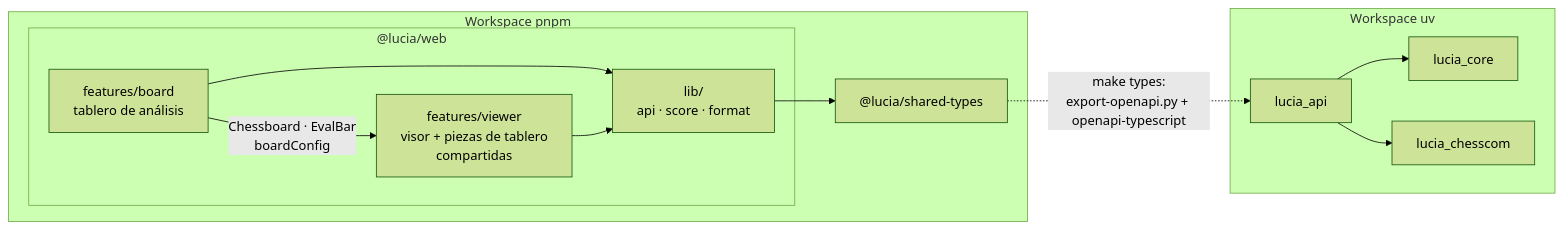
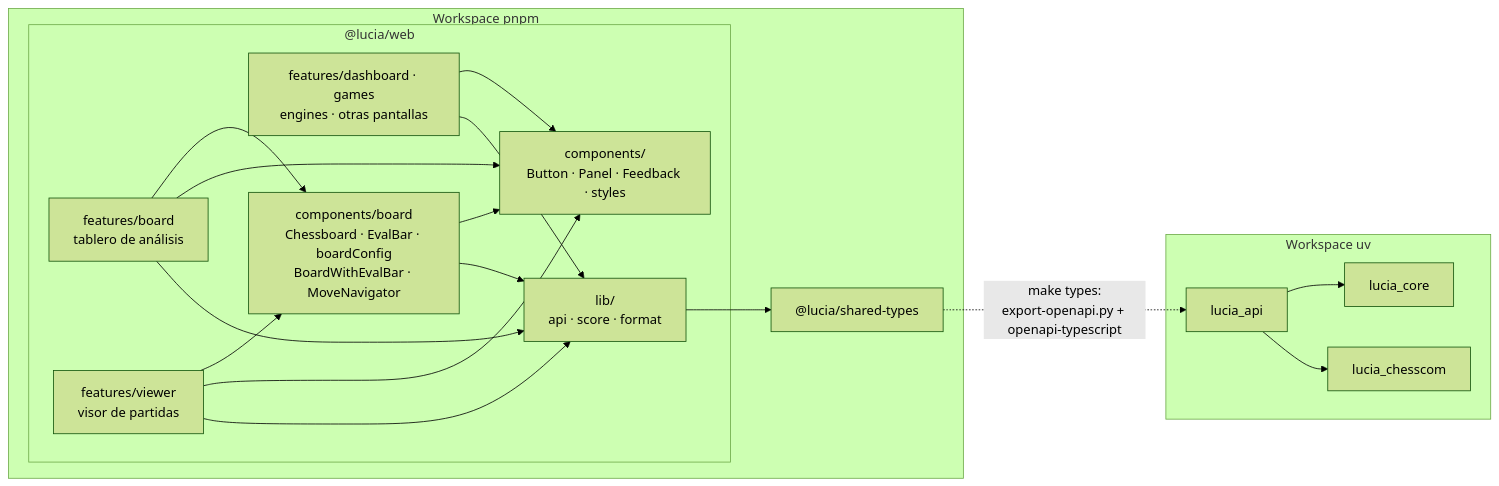
Before and after one commit to SirJsus/LUCIA: the second of 5 diagrams in docs/06-mapa-del-proyecto.md, drawn with Mermaid (forest theme). The commit also changed other lines of this file and 42 other files, not shown here.

````diff
--- a/docs/06-mapa-del-proyecto.md
+++ b/docs/06-mapa-del-proyecto.md
@@ -68,25 +68,35 @@
 ```mermaid
 graph LR
     subgraph JS["Workspace pnpm"]
         subgraph WEB["@lucia/web"]
             board["features/board<br/>tablero de análisis"]
-            viewer["features/viewer<br/>visor + piezas de tablero<br/>compartidas"]
+            viewer["features/viewer<br/>visor de partidas"]
+            screens["features/dashboard · games<br/>engines · otras pantallas"]
+            boardui["components/board<br/>Chessboard · EvalBar · boardConfig<br/>BoardWithEvalBar · MoveNavigator"]
+            ui["components/<br/>Button · Panel · Feedback · styles"]
             lib["lib/<br/>api · score · format"]
         end
         types["@lucia/shared-types"]
     end
 
     subgraph PY["Workspace uv"]
         api["lucia_api"]
         core["lucia_core"]
         chesscom["lucia_chesscom"]
     end
 
-    board -- "Chessboard · EvalBar<br/>boardConfig" --> viewer
+    board --> boardui
+    viewer --> boardui
+    board --> ui
+    viewer --> ui
+    boardui --> ui
+    screens --> ui
     board --> lib
     viewer --> lib
+    boardui --> lib
+    screens --> lib
     lib --> types
     api --> core
     api --> chesscom
     types -. "make types:<br/>export-openapi.py + openapi-typescript" .-> api
 ```
````
